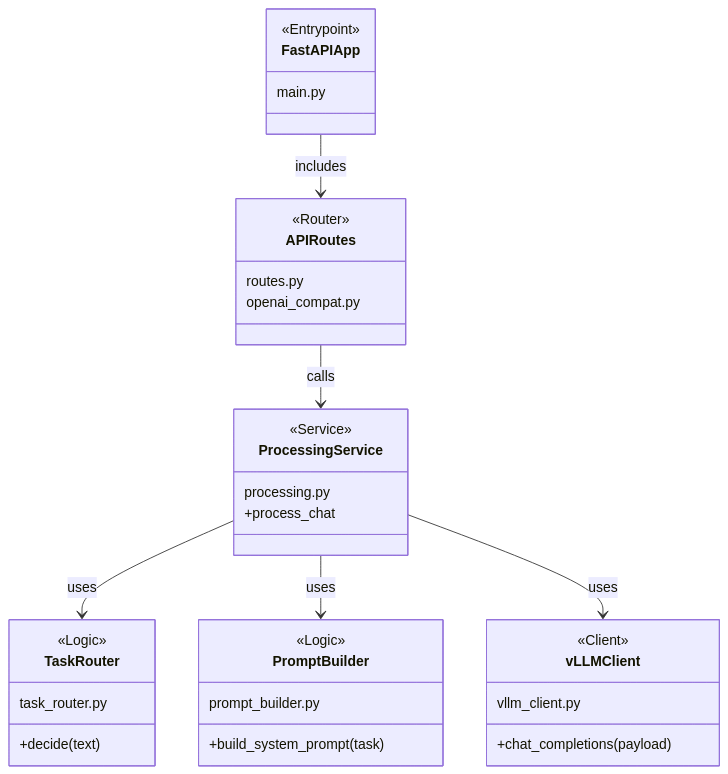
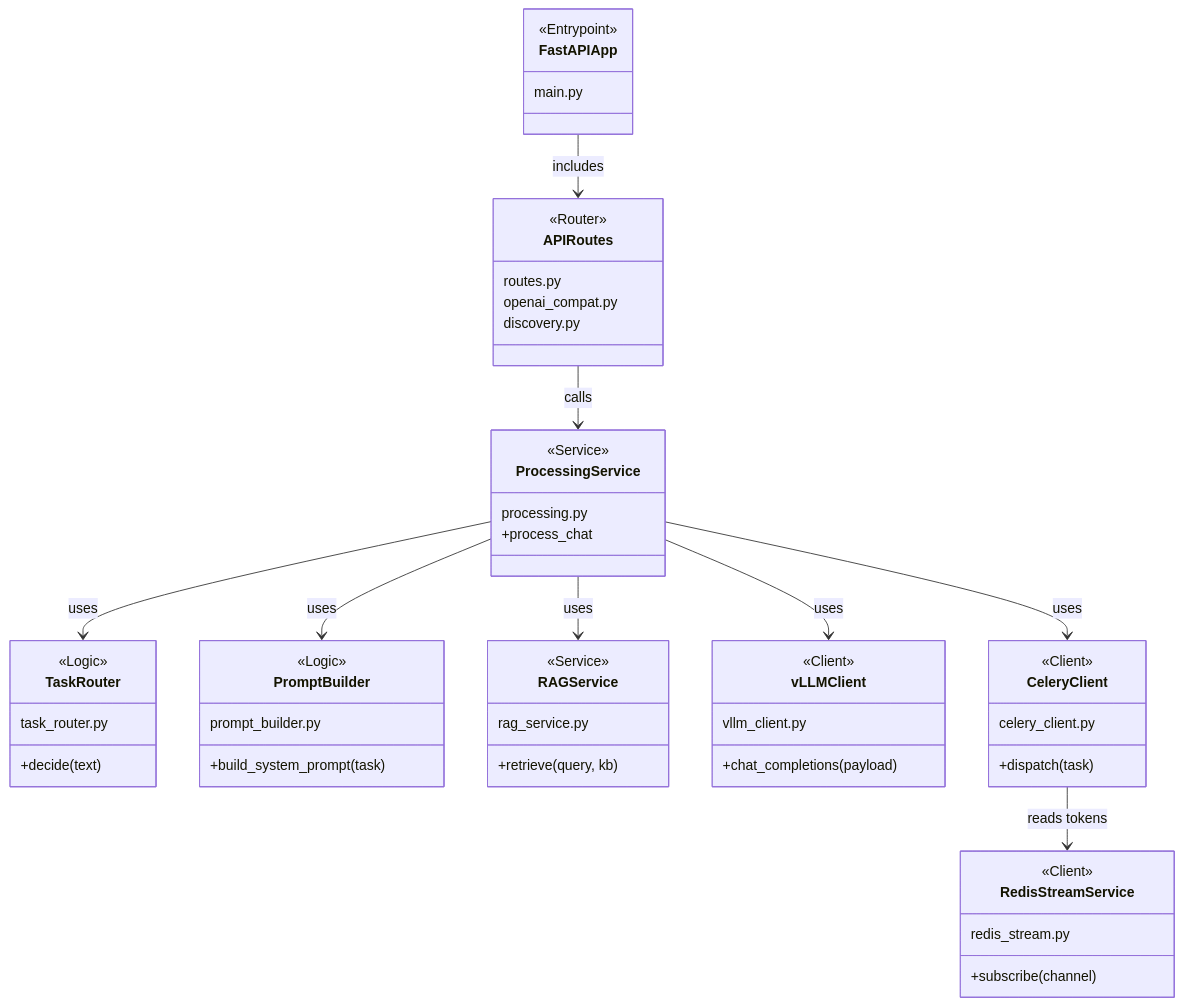
The second of 2 diagrams in src/gateway/README.md (MrArizona42/agent-042), drawn with Mermaid before and after one commit. The commit also changed other lines of this file and 5 other files, not shown here.

````diff
--- a/src/gateway/README.md
+++ b/src/gateway/README.md
@@ -29,38 +37,57 @@
 ```mermaid
 classDiagram
     class FastAPIApp {
         <<Entrypoint>>
         main.py
     }
     class APIRoutes {
         <<Router>>
         routes.py
         openai_compat.py
+        discovery.py
     }
     class ProcessingService {
         <<Service>>
         processing.py
         +process_chat
     }
     class TaskRouter {
         <<Logic>>
         task_router.py
         +decide(text)
     }
     class PromptBuilder {
         <<Logic>>
         prompt_builder.py
         +build_system_prompt(task)
     }
+    class RAGService {
+        <<Service>>
+        rag_service.py
+        +retrieve(query, kb)
+    }
     class vLLMClient {
         <<Client>>
         vllm_client.py
         +chat_completions(payload)
+    }
+    class CeleryClient {
+        <<Client>>
+        celery_client.py
+        +dispatch(task)
+    }
+    class RedisStreamService {
+        <<Client>>
+        redis_stream.py
+        +subscribe(channel)
     }
 
     FastAPIApp --> APIRoutes : includes
     APIRoutes --> ProcessingService : calls
     ProcessingService --> TaskRouter : uses
     ProcessingService --> PromptBuilder : uses
+    ProcessingService --> RAGService : uses
     ProcessingService --> vLLMClient : uses
+    ProcessingService --> CeleryClient : uses
+    CeleryClient --> RedisStreamService : reads tokens
 ```
````
